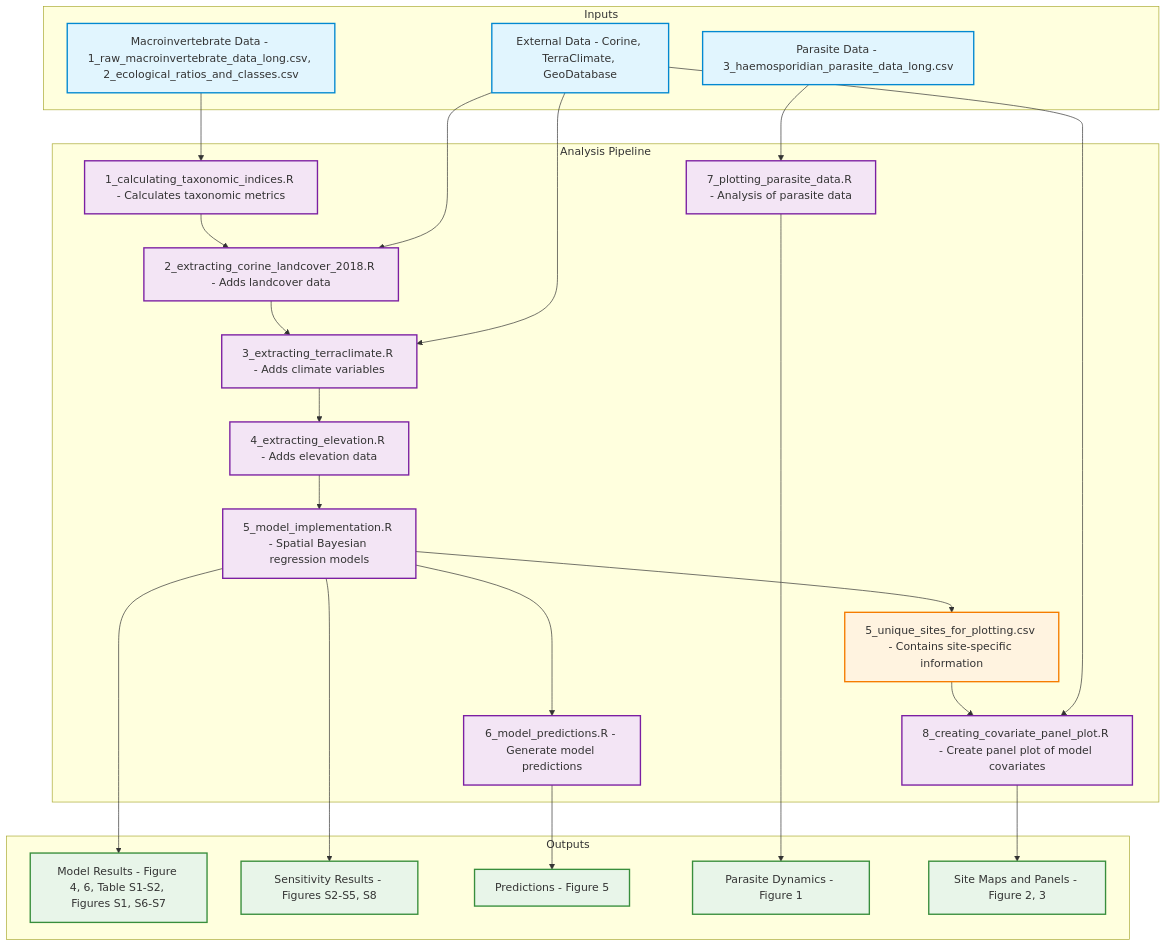
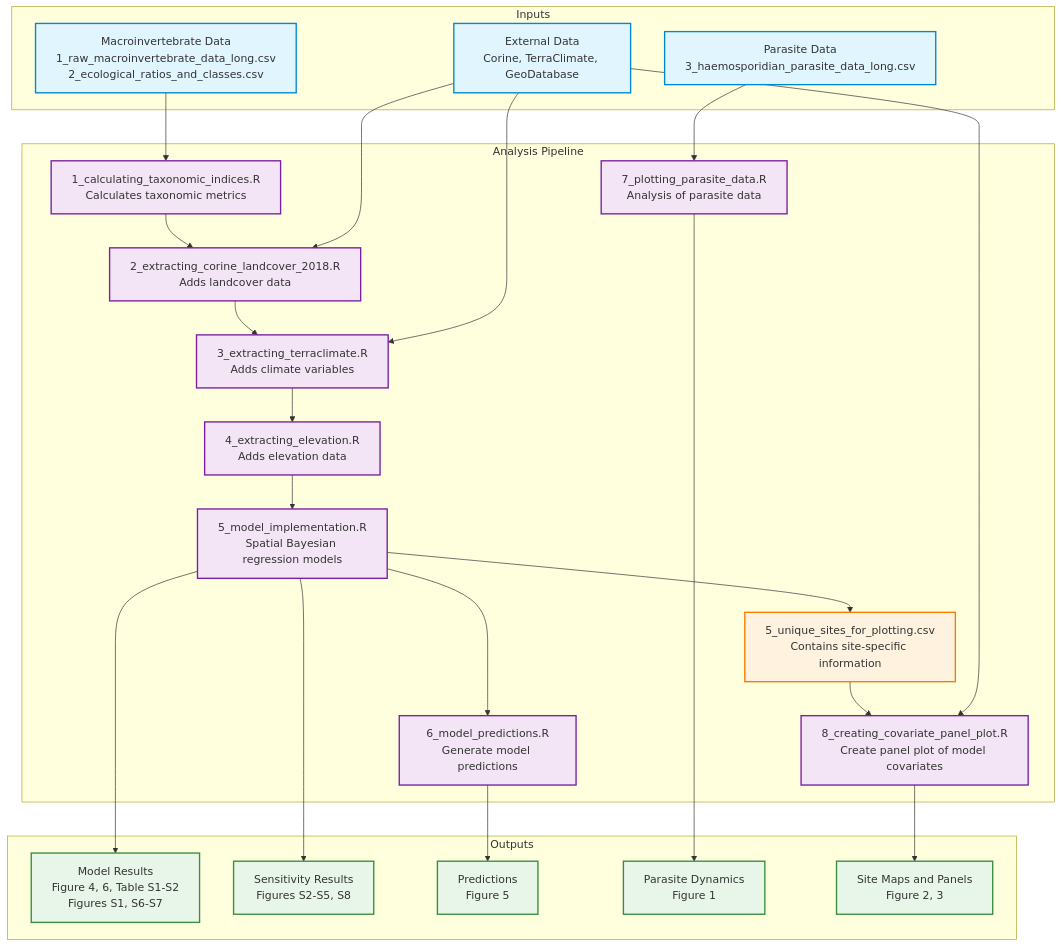
Before and after one commit to HeeeyNathan/Predicting_vector_abundance_in_Lithuania: the diagram in README.md, drawn with Mermaid.

Commit message:
made read.me look better

````diff
--- a/README.md
+++ b/README.md
@@ -151,42 +151,42 @@
 ```mermaid
 graph TD
     subgraph Inputs
-        R[Macroinvertebrate Data - 1_raw_macroinvertebrate_data_long.csv, 2_ecological_ratios_and_classes.csv]
-        P[Parasite Data - 3_haemosporidian_parasite_data_long.csv]
-        E[External Data - Corine, TerraClimate, GeoDatabase]
+        R["Macroinvertebrate Data<br/>1_raw_macroinvertebrate_data_long.csv<br/>2_ecological_ratios_and_classes.csv"]
+        P["Parasite Data<br/>3_haemosporidian_parasite_data_long.csv"]
+        E["External Data<br/>Corine, TerraClimate, GeoDatabase"]
     end
     
     subgraph Analysis Pipeline
-        R --> S1[1_calculating_taxonomic_indices.R - Calculates taxonomic metrics]
-        S1 --> S2[2_extracting_corine_landcover_2018.R - Adds landcover data]
+        R --> S1["1_calculating_taxonomic_indices.R<br/>Calculates taxonomic metrics"]
+        S1 --> S2["2_extracting_corine_landcover_2018.R<br/>Adds landcover data"]
         E --> S2
-        S2 --> S3[3_extracting_terraclimate.R - Adds climate variables]
+        S2 --> S3["3_extracting_terraclimate.R<br/>Adds climate variables"]
         E --> S3
-        S3 --> S4[4_extracting_elevation.R - Adds elevation data]
-        S4 --> S5[5_model_implementation.R - Spatial Bayesian regression models]
-        S5 --> S6[6_model_predictions.R - Generate model predictions]
-        S5 --> Sites[5_unique_sites_for_plotting.csv - Contains site-specific information]
-        Sites --> S8[8_creating_covariate_panel_plot.R - Create panel plot of model covariates]
+        S3 --> S4["4_extracting_elevation.R<br/>Adds elevation data"]
+        S4 --> S5["5_model_implementation.R<br/>Spatial Bayesian regression models"]
+        S5 --> S6["6_model_predictions.R<br/>Generate model predictions"]
+        S5 --> Sites["5_unique_sites_for_plotting.csv<br/>Contains site-specific information"]
+        Sites --> S8["8_creating_covariate_panel_plot.R<br/>Create panel plot of model covariates"]
         E --> S8
-        P --> S7[7_plotting_parasite_data.R - Analysis of parasite data]
+        P --> S7["7_plotting_parasite_data.R<br/>Analysis of parasite data"]
     end
     
     subgraph Outputs
-        S5 --> O1[Model Results - Figure 4, 6, Table S1-S2, Figures S1, S6-S7]
-        S5 --> O2[Sensitivity Results - Figures S2-S5, S8]
-        S6 --> O3[Predictions - Figure 5]
-        S7 --> O4[Parasite Dynamics - Figure 1]
-        S8 --> O5[Site Maps and Panels - Figure 2, 3]
+        S5 --> O1["Model Results<br/>Figure 4, 6, Table S1-S2<br/>Figures S1, S6-S7"]
+        S5 --> O2["Sensitivity Results<br/>Figures S2-S5, S8"]
+        S6 --> O3["Predictions<br/>Figure 5"]
+        S7 --> O4["Parasite Dynamics<br/>Figure 1"]
+        S8 --> O5["Site Maps and Panels<br/>Figure 2, 3"]
     end
     
     %% Styling
     classDef input fill:#e1f5fe,stroke:#0288d1,stroke-width:2px;
     classDef script fill:#f3e5f5,stroke:#7b1fa2,stroke-width:2px;
     classDef output fill:#e8f5e9,stroke:#388e3c,stroke-width:2px;
     classDef intermediate fill:#fff3e0,stroke:#f57c00,stroke-width:2px;
     
     class R,P,E input;
     class S1,S2,S3,S4,S5,S6,S7,S8 script;
     class O1,O2,O3,O4,O5 output;
     class Sites intermediate;
 ```
````
